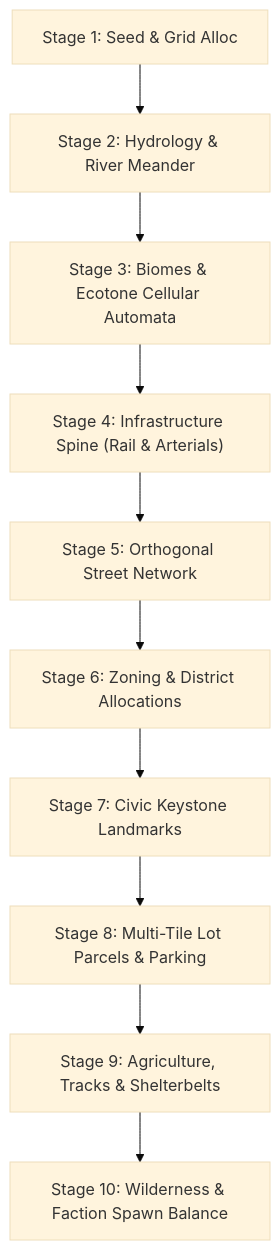
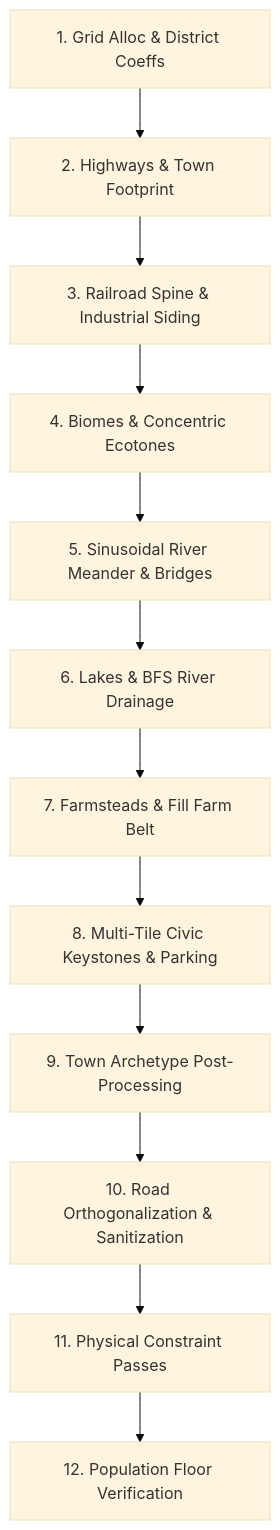
One commit to brennansk1/Flock changed the diagram in docs/WORLDGEN.md. Above: the diagram before and after it, drawn with Mermaid (base theme). The commit also changed other lines of this file and 3 other files, not shown here.

````diff
--- a/docs/WORLDGEN.md
+++ b/docs/WORLDGEN.md
@@ -27,12 +27,14 @@
 ```mermaid
 flowchart TD
-    S1["Stage 1: Seed & Grid Alloc"] --> S2["Stage 2: Hydrology & River Meander"]
-    S2 --> S3["Stage 3: Biomes & Ecotone Cellular Automata"]
-    S3 --> S4["Stage 4: Infrastructure Spine (Rail & Arterials)"]
-    S4 --> S5["Stage 5: Orthogonal Street Network"]
-    S5 --> S6["Stage 6: Zoning & District Allocations"]
-    S6 --> S7["Stage 7: Civic Keystone Landmarks"]
-    S7 --> S8["Stage 8: Multi-Tile Lot Parcels & Parking"]
-    S8 --> S9["Stage 9: Agriculture, Tracks & Shelterbelts"]
-    S9 --> S10["Stage 10: Wilderness & Faction Spawn Balance"]
+    S1["1. Grid Alloc & District Coeffs"] --> S2["2. Highways & Town Footprint"]
+    S2 --> S3["3. Railroad Spine & Industrial Siding"]
+    S3 --> S4["4. Biomes & Concentric Ecotones"]
+    S4 --> S5["5. Sinusoidal River Meander & Bridges"]
+    S5 --> S6["6. Lakes & BFS River Drainage"]
+    S6 --> S7["7. Farmsteads & Fill Farm Belt"]
+    S7 --> S8["8. Multi-Tile Civic Keystones & Parking"]
+    S8 --> S9["9. Town Archetype Post-Processing"]
+    S9 --> S10["10. Road Orthogonalization & Sanitization"]
+    S10 --> S11["11. Physical Constraint Passes"]
+    S11 --> S12["12. Population Floor Verification"]
 ```
````
